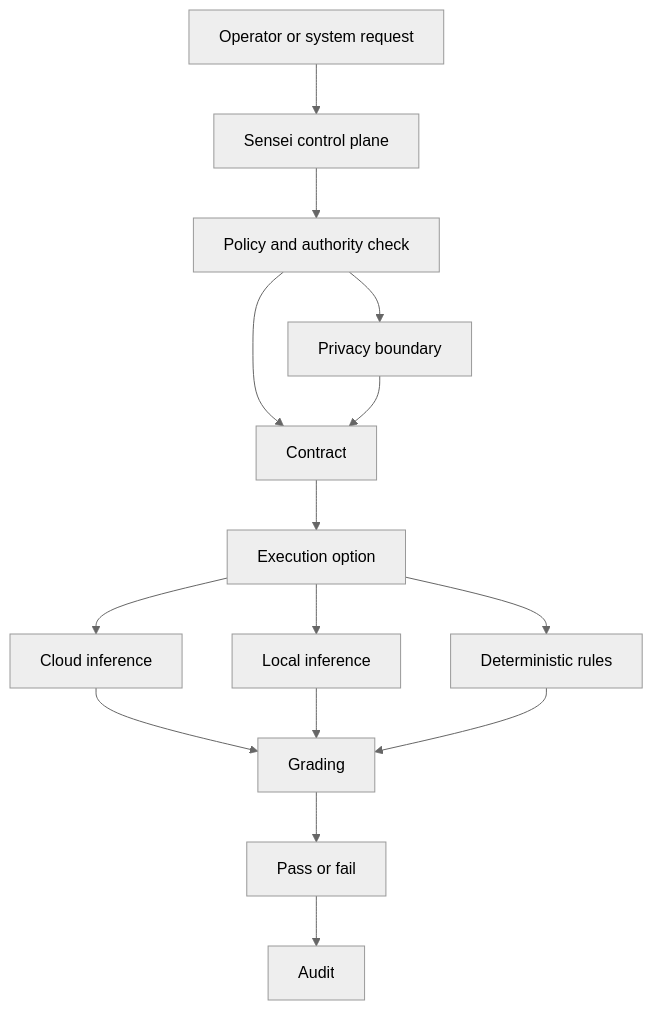
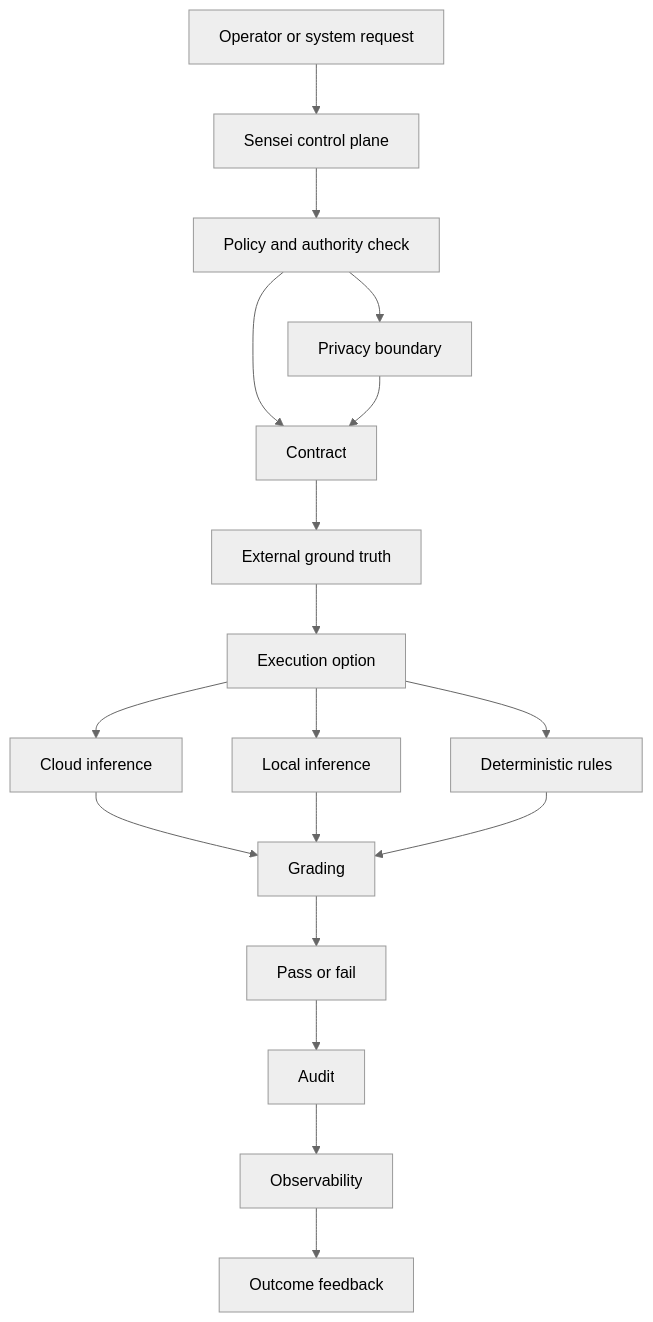
One commit to FatherHale/HaleES-Architecture changed the second of 2 diagrams in README.md. Above: the diagram before and after it, drawn with Mermaid (neutral theme). The commit also changed other lines of this file, not shown here.

Commit message:
Add observability rule management and failure case links

````diff
--- a/README.md
+++ b/README.md
@@ -135,17 +174,20 @@
 ```mermaid
 flowchart TD
     A[Operator or system request] --> B[Sensei control plane]
     B --> C[Policy and authority check]
     C --> D[Contract]
-    D --> E[Execution option]
-    E --> F[Cloud inference]
-    E --> G[Local inference]
-    E --> H[Deterministic rules]
-    F --> I[Grading]
-    G --> I
-    H --> I
-    I --> J[Pass or fail]
-    J --> K[Audit]
-    C --> L[Privacy boundary]
-    L --> D
+    D --> E[External ground truth]
+    E --> F[Execution option]
+    F --> G[Cloud inference]
+    F --> H[Local inference]
+    F --> I[Deterministic rules]
+    G --> J[Grading]
+    H --> J
+    I --> J
+    J --> K[Pass or fail]
+    K --> L[Audit]
+    L --> M[Observability]
+    M --> N[Outcome feedback]
+    C --> O[Privacy boundary]
+    O --> D
 ```
````
